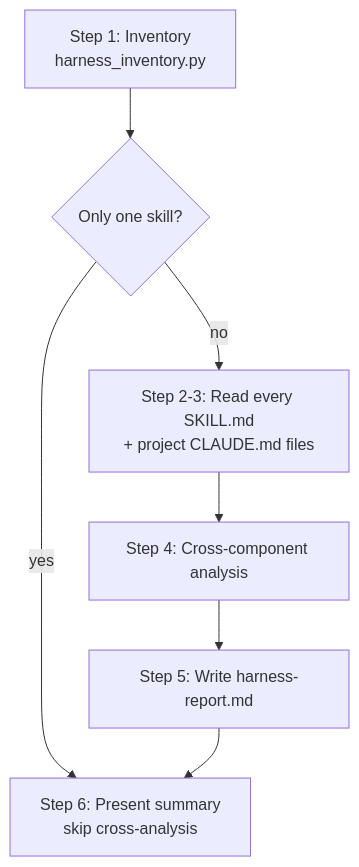
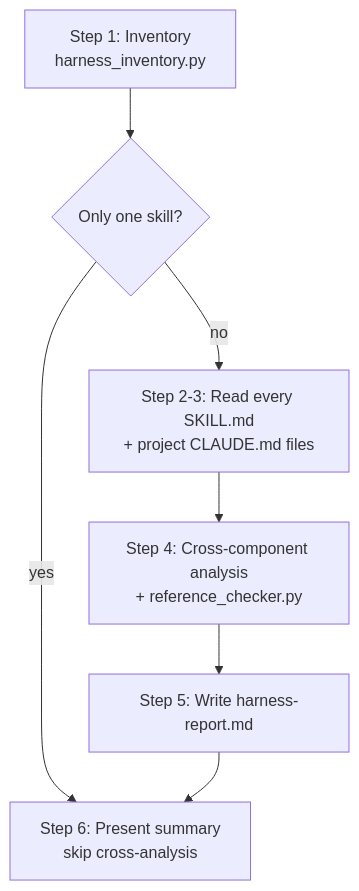
The diagram in website/guides/eval-check.md (GuyZivRH/agent-eval-harness), drawn with Mermaid before and after one commit. The commit also changed other lines of this file and 1 other file, not shown here.

Commit message:
docs(eval-check): document the eval-configs inventory field
harness_inventory.py gained an "Eval configs" count in this PR, but nothing
documented it, so the field never made it into the generated report.

- SKILL.md: list it in Step 1's output and in the report template's Inventory
  block, so the shape the agent writes matches what the scanner prints.
- Website guide: same Inventory line, plus a row in the Step 1 artifact table
  noting that generated Harbor task packages are excluded.
- Website flow diagram: name reference_checker.py on the Step 4 node, matching
  how Step 1 names harness_inventory.py.

````diff
--- a/website/guides/eval-check.md
+++ b/website/guides/eval-check.md
@@ -40,9 +40,9 @@
 ```mermaid
 flowchart TD
     A[Step 1: Inventory<br/>harness_inventory.py] --> B{Only one skill?}
     B -- yes --> F[Step 6: Present summary<br/>skip cross-analysis]
     B -- no --> C[Step 2-3: Read every SKILL.md<br/>+ project CLAUDE.md files]
-    C --> D[Step 4: Cross-component analysis]
+    C --> D[Step 4: Cross-component analysis<br/>+ reference_checker.py]
     D --> E[Step 5: Write harness-report.md]
     E --> F
 ```
````
